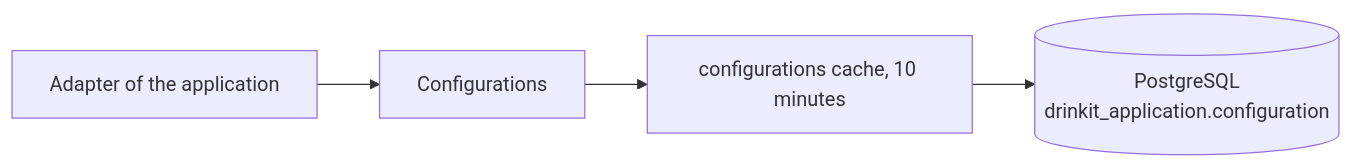
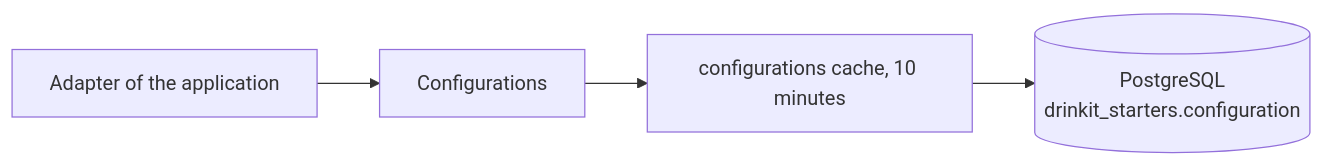
The diagram in tech-starters/backend/configuration-starter/README.md (mboisnard/drinkit), drawn with Mermaid before and after one commit. The commit also changed other lines of this file and 69 other files, not shown here.

Commit message:
[UPDATER] Split the database into the application, security and starters schemas (#736)

````diff
--- a/tech-starters/backend/configuration-starter/README.md
+++ b/tech-starters/backend/configuration-starter/README.md
@@ -8,6 +8,6 @@
 ```mermaid
 flowchart LR
     Adapter[Adapter of the application] --> Configurations
     Configurations --> Cache["configurations cache, 10 minutes"]
-    Cache --> Table[("PostgreSQL<br/>drinkit_application.configuration")]
+    Cache --> Table[("PostgreSQL<br/>drinkit_starters.configuration")]
 ```
````
